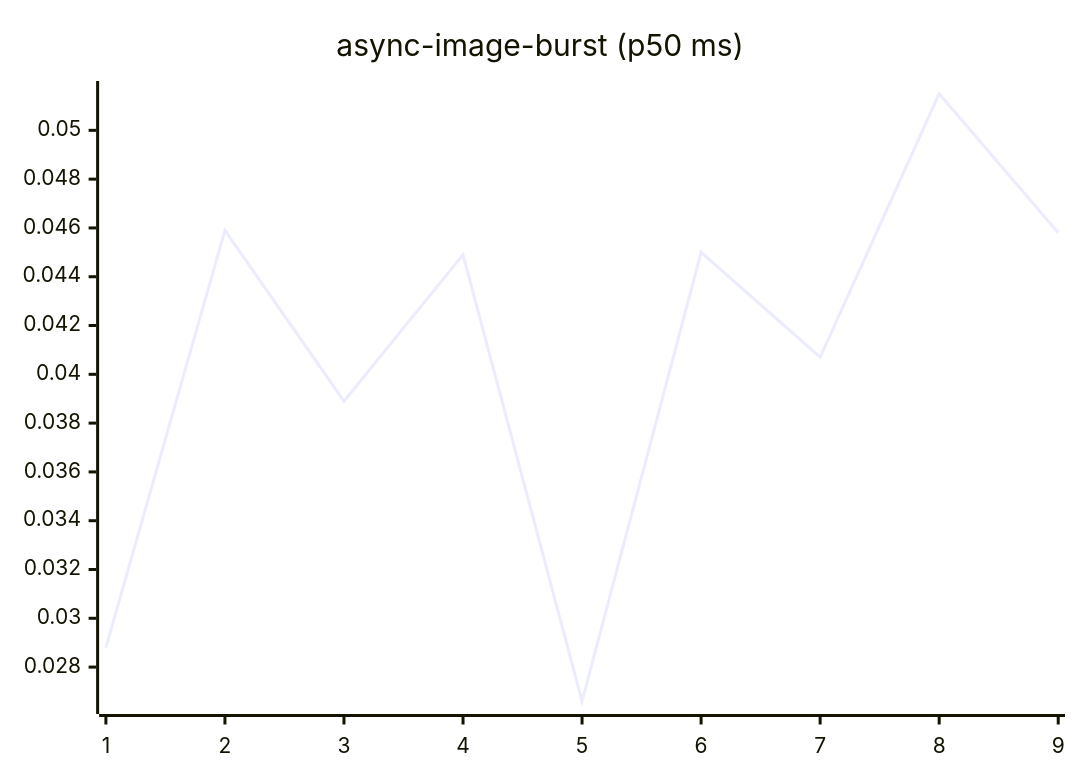
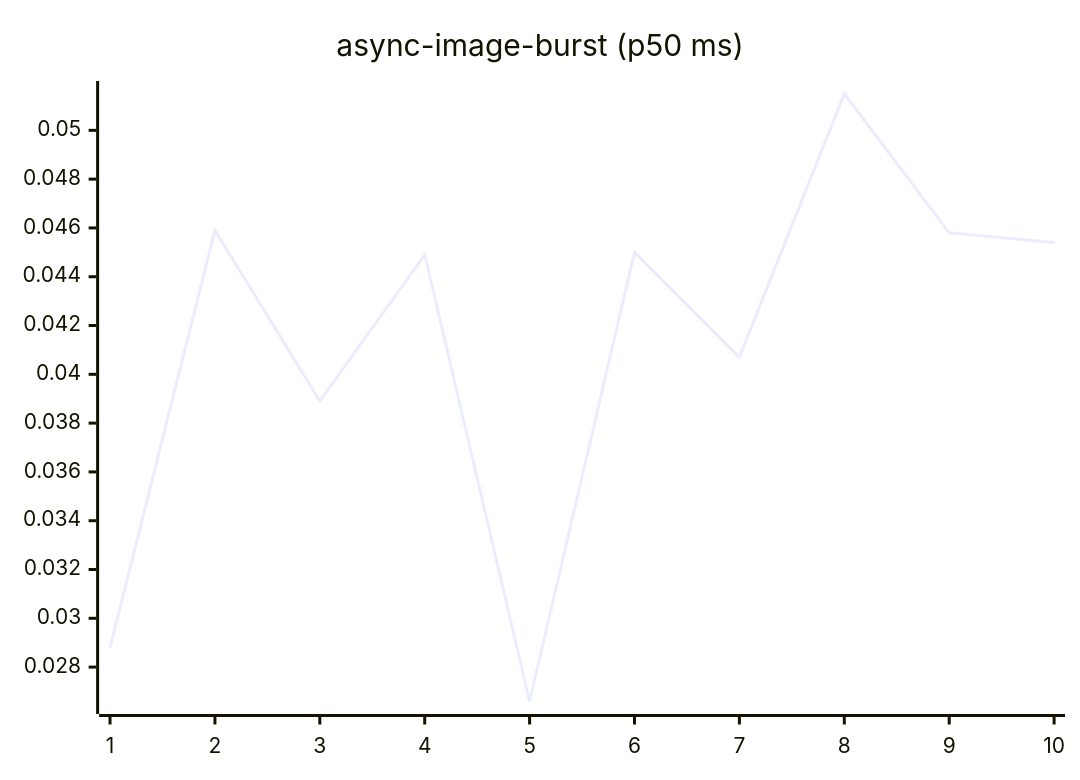
One commit to josha/Facet changed the fourth of 27 diagrams in README.md. Above: the diagram before and after it, drawn with Mermaid. The commit also changed other lines of this file and 2 other files, not shown here.

````diff
--- a/README.md
+++ b/README.md
@@ -84,6 +84,6 @@
 ```mermaid
 xychart-beta
     title "async-image-burst (p50 ms)"
-    x-axis 1 --> 9
-    line [0.0288, 0.0459, 0.0389, 0.0449, 0.0266, 0.0450, 0.0407, 0.0515, 0.0458]
+    x-axis 1 --> 10
+    line [0.0288, 0.0459, 0.0389, 0.0449, 0.0266, 0.0450, 0.0407, 0.0515, 0.0458, 0.0454]
 ```
````
